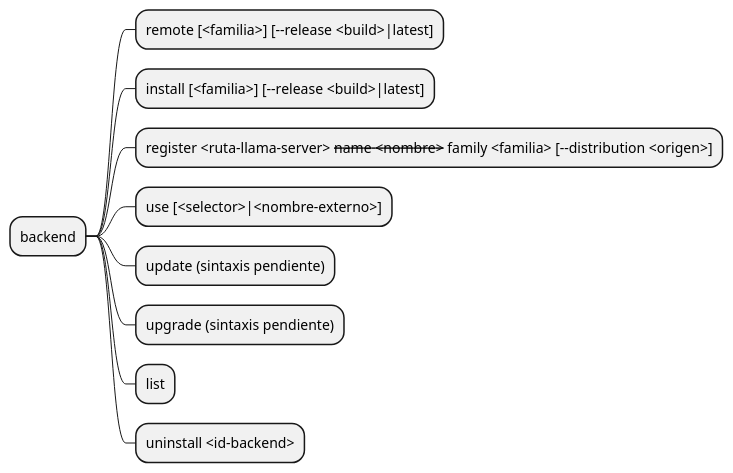
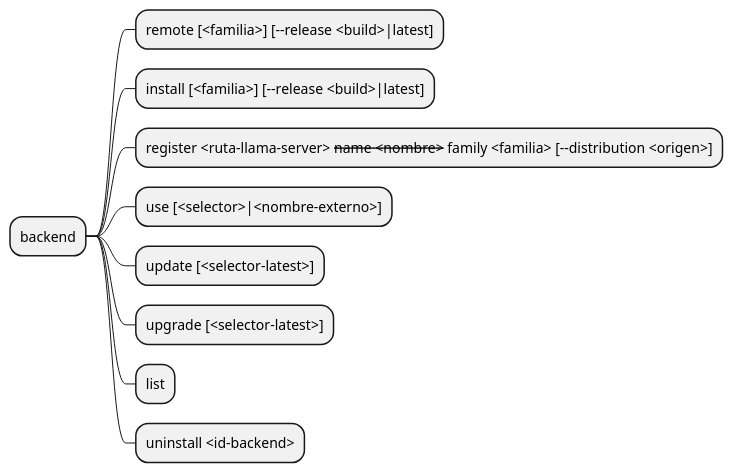
The second of 8 diagrams in docs/comandos.md (mstranich/coquena), drawn with PlantUML before and after one commit. The commit also changed other lines of this file and 10 other files, not shown here.

````diff
--- a/docs/comandos.md
+++ b/docs/comandos.md
@@ -72,13 +72,13 @@
 ```plantuml
 @startmindmap
 * backend
 ** remote [<familia>] [--release <build>|latest]
 ** install [<familia>] [--release <build>|latest]
 ** register <ruta-llama-server> --name <nombre> --family <familia> [--distribution <origen>]
 ** use [<selector>|<nombre-externo>]
-** update (sintaxis pendiente)
-** upgrade (sintaxis pendiente)
+** update [<selector-latest>]
+** upgrade [<selector-latest>]
 ** list
 ** uninstall <id-backend>
 @endmindmap
 ```
````
